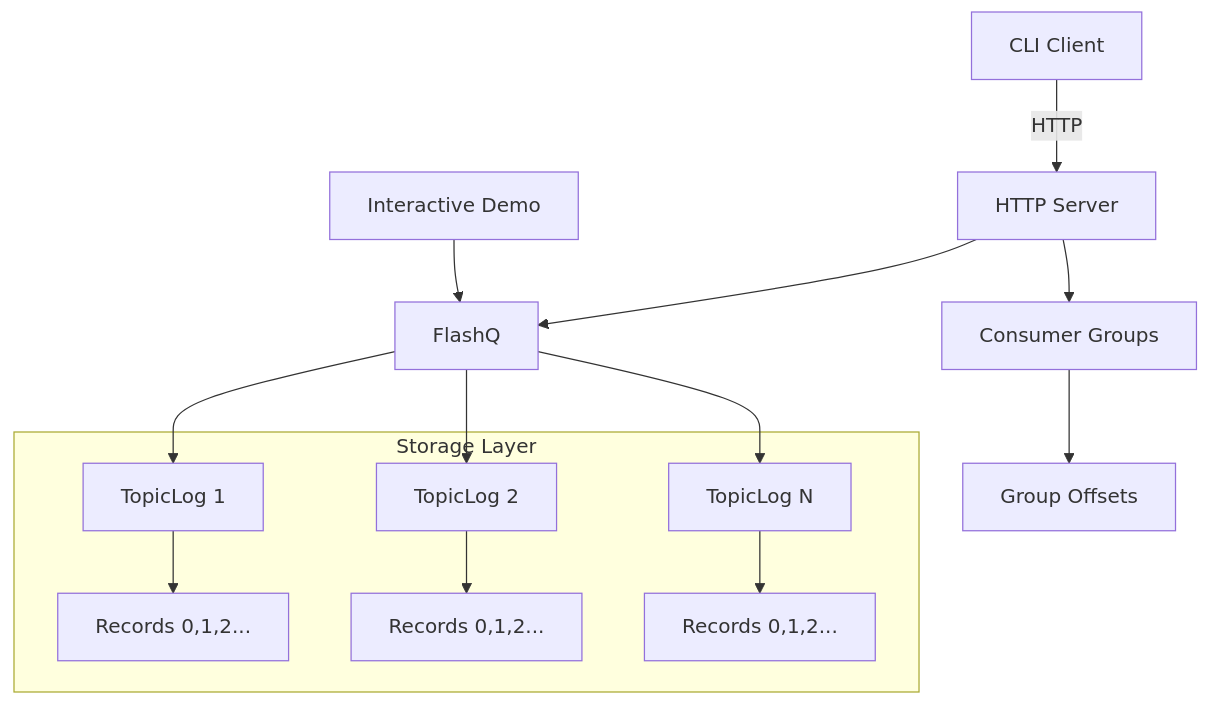
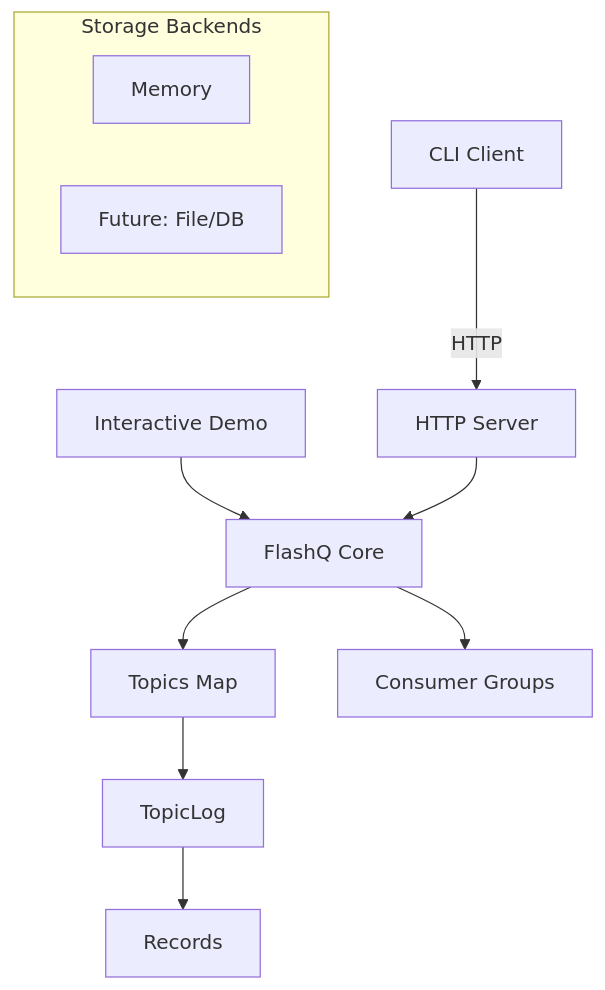
Before and after one commit to harshitmahapatra/flashq: the first of 2 diagrams in docs/architecture.md, drawn with Mermaid. The commit also changed other lines of this file and 23 other files, not shown here.

First line of the commit message:
Implement storage abstraction layer with trait-based design (#30)

````diff
--- a/docs/architecture.md
+++ b/docs/architecture.md
@@ -7,17 +7,17 @@
 ```mermaid
 graph TD
     A[CLI Client] -->|HTTP| B[HTTP Server]
-    C[Interactive Demo] --> D[FlashQ]
+    C[Interactive Demo] --> D[FlashQ Core]
     B --> D
-    D --> E[TopicLog 1]
-    D --> F[TopicLog 2]
-    D --> G[TopicLog N]
-    B --> H[Consumer Groups]
-    H --> I[Group Offsets]
     
-    subgraph "Storage Layer"
-        E --> J[Records 0,1,2...]
-        F --> K[Records 0,1,2...]
-        G --> L[Records 0,1,2...]
+    D --> E[Topics Map]
+    D --> F[Consumer Groups]
+    
+    E --> G[TopicLog]
+    G --> H[Records]
+    
+    subgraph "Storage Backends"
+        I[Memory]
+        J[Future: File/DB]
     end
 ```
````
